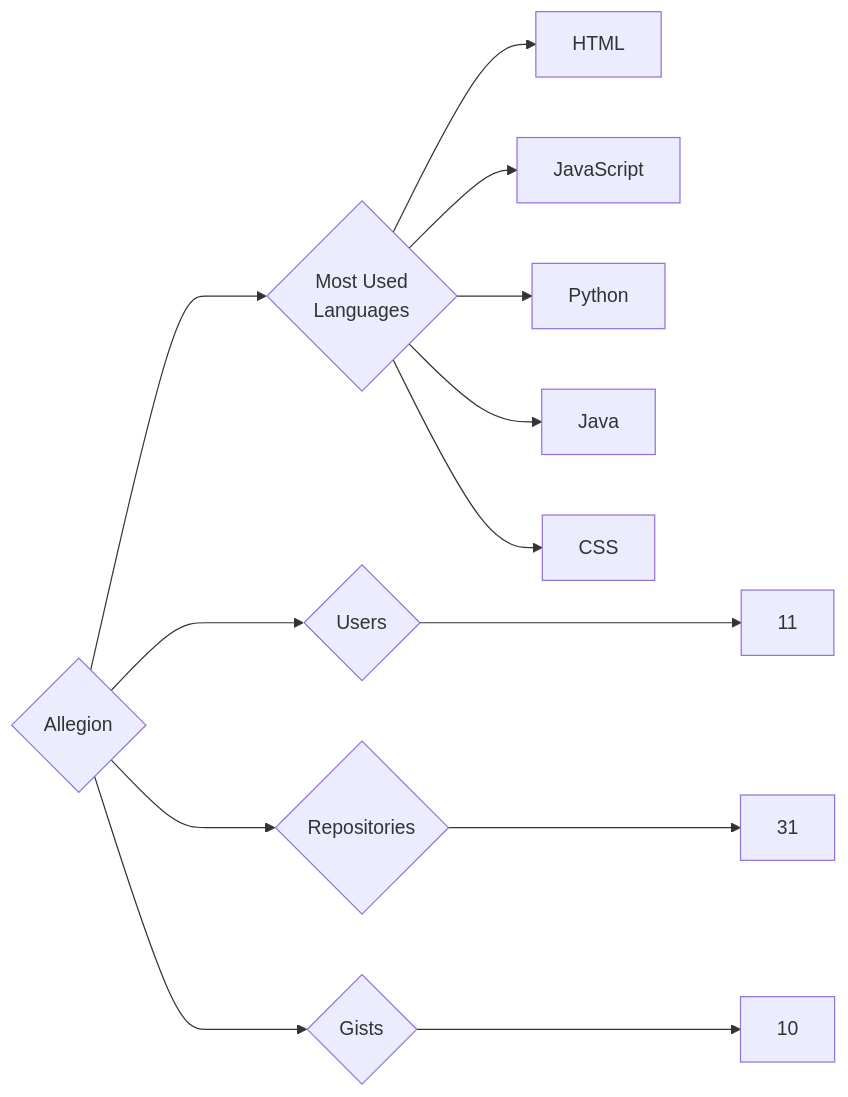
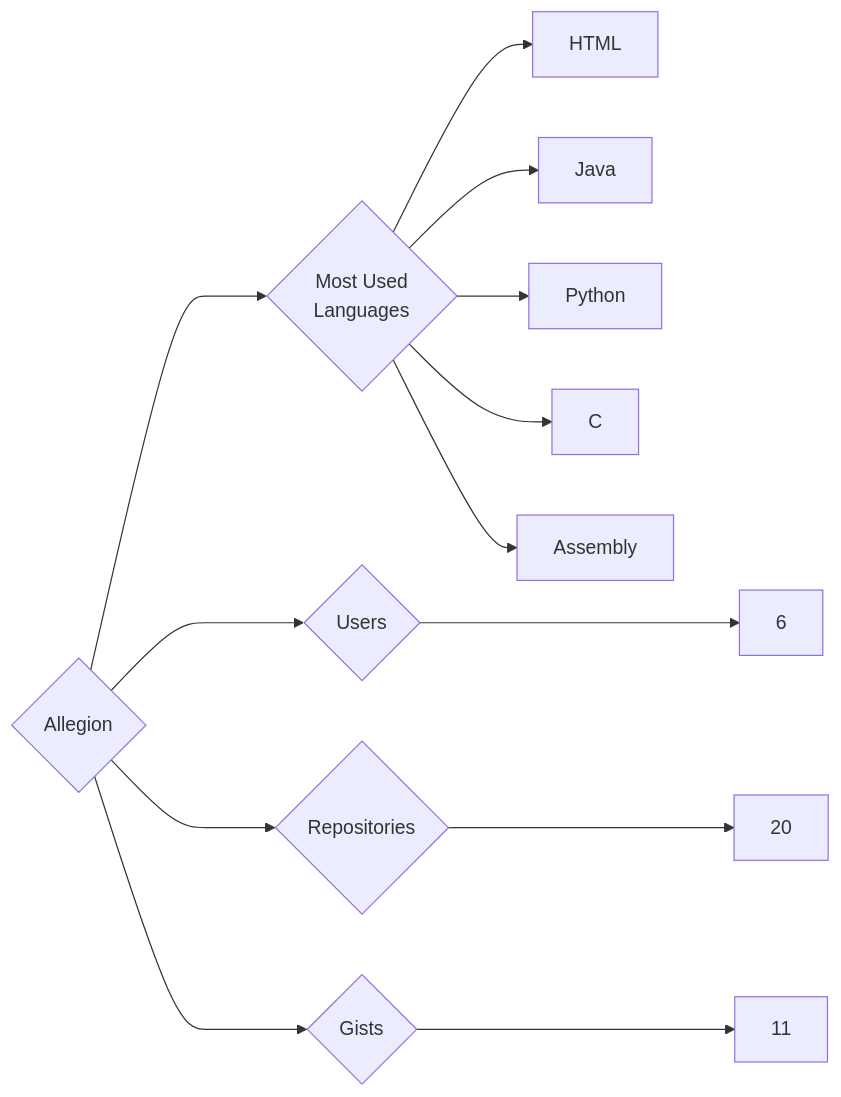
The diagram in targets/Allegion/README.md (trickest/insiders), drawn with Mermaid before and after one commit. The commit also changed 1238 other files, not shown here.

````diff
--- a/targets/Allegion/README.md
+++ b/targets/Allegion/README.md
@@ -3,13 +3,13 @@
 ```mermaid
 graph LR
 COMPANY_NAME{Allegion}
-COMPANY_NAME ---> U{Users} ---> UN[11]
-COMPANY_NAME ---> R{Repositories} ---> RN[31]
-COMPANY_NAME ---> G{Gists} ---> GN[10]
+COMPANY_NAME ---> U{Users} ---> UN[6]
+COMPANY_NAME ---> R{Repositories} ---> RN[20]
+COMPANY_NAME ---> G{Gists} ---> GN[11]
 COMPANY_NAME ---> ML{Most Used<br>Languages}
 ML --> HTML[HTML]
-ML --> JavaScript[JavaScript]
+ML --> Java[Java]
 ML --> Python[Python]
-ML --> Java[Java]
-ML --> CSS[CSS]
+ML --> C[C]
+ML --> Assembly[Assembly]
 ```
````
